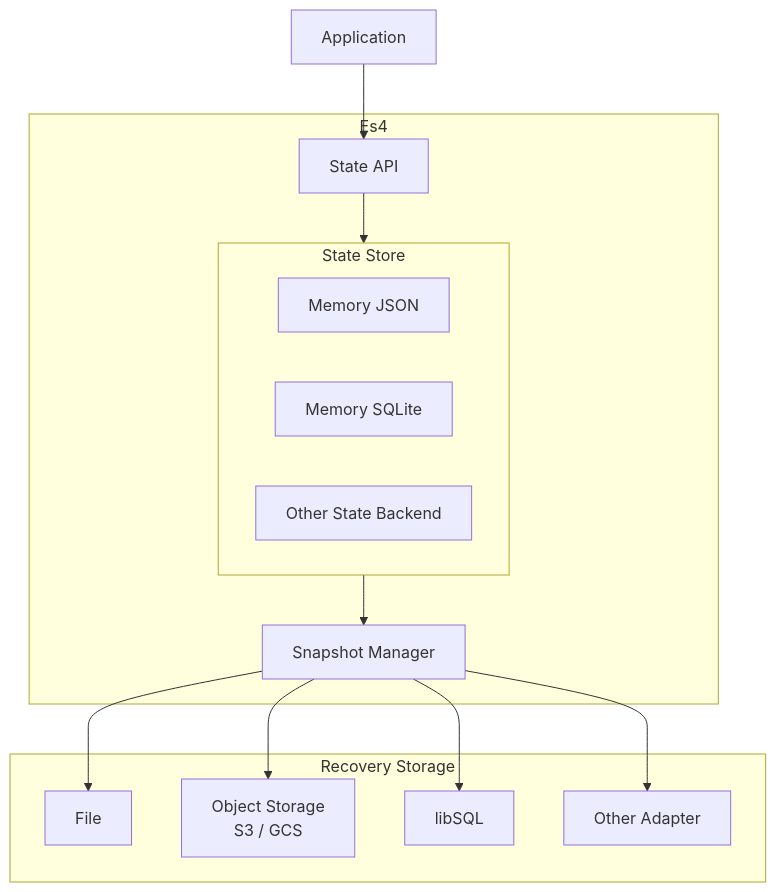
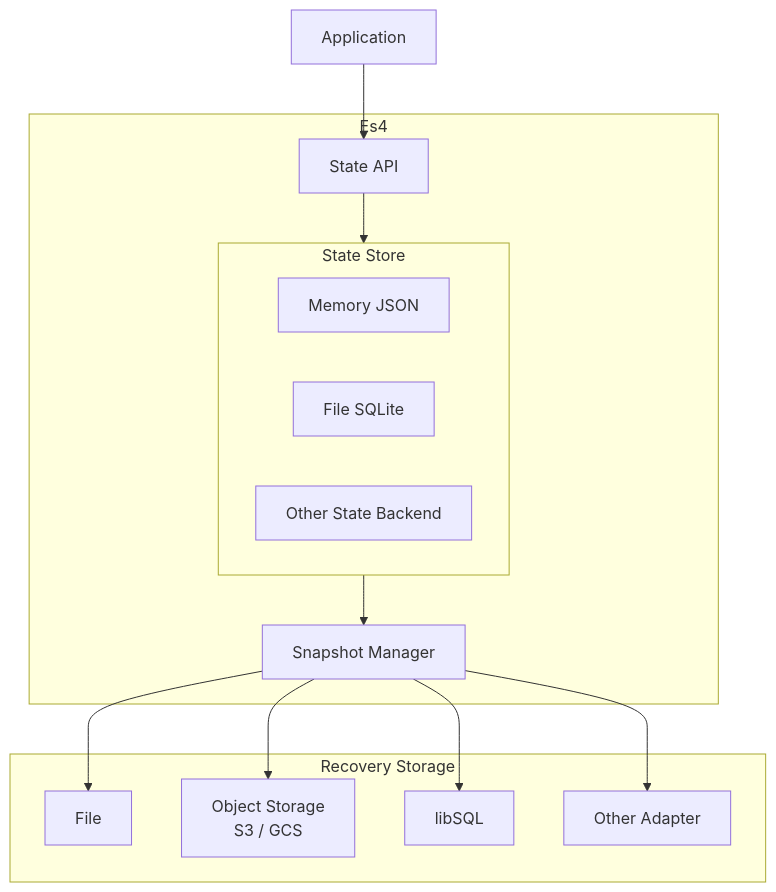
One commit to b4moss/es4 changed the first of 4 diagrams in docs/README.md. Above: the diagram before and after it, drawn with Mermaid. The commit also changed other lines of this file and 7 other files, not shown here.

````diff
--- a/docs/README.md
+++ b/docs/README.md
@@ -30,33 +30,33 @@
 ```mermaid
 flowchart TB
     APP["Application"]
 
     subgraph ES4["Es4"]
         API["State API"]
 
         subgraph STATE["State Store"]
             MEMJSON["Memory JSON"]
-            MEMSQL["Memory SQLite"]
+            FILESQL["File SQLite"]
             OTHER["Other State Backend"]
         end
 
         SNAP["Snapshot Manager"]
 
         API --> STATE
         STATE --> SNAP
     end
 
     APP --> API
 
     subgraph RECOVERY["Recovery Storage"]
         FILE["File"]
         OBJECT["Object Storage\nS3 / GCS"]
         LIBSQL["libSQL"]
         OTHER_REC["Other Adapter"]
     end
 
     SNAP --> FILE
     SNAP --> OBJECT
     SNAP --> LIBSQL
     SNAP --> OTHER_REC
 ```
````
